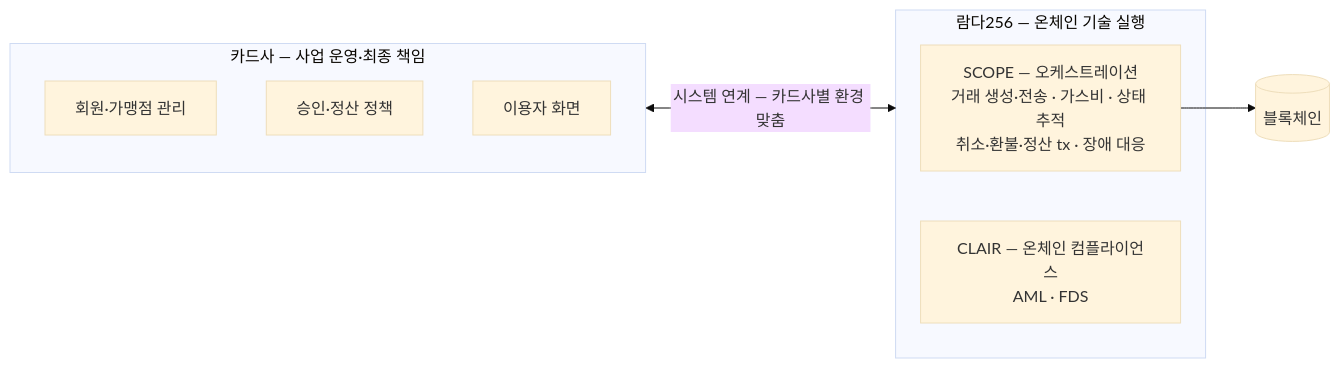
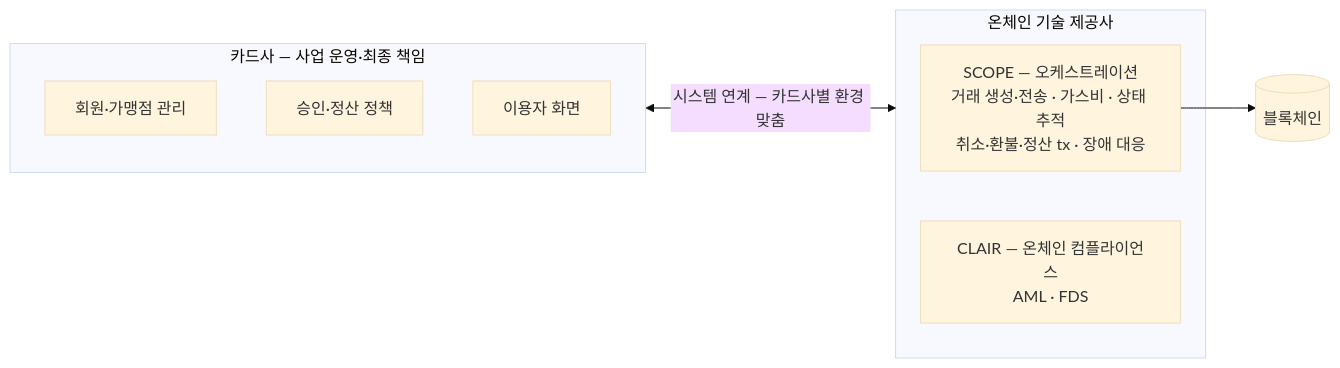
Before and after one commit to eunsujeo/eunpus: the first of 2 diagrams in blockchain-manager/docs/디지털 자산/스테이블코인 결제/00-korea-poc.md, drawn with Mermaid (base theme). The commit also changed other lines of this file and 13 other files, not shown here.

````diff
--- a/blockchain-manager/docs/디지털 자산/스테이블코인 결제/00-korea-poc.md
+++ b/blockchain-manager/docs/디지털 자산/스테이블코인 결제/00-korea-poc.md
@@ -29,14 +29,14 @@
 ```mermaid
 flowchart LR
     subgraph CARD[카드사 — 사업 운영·최종 책임]
         MEM[회원·가맹점 관리]
         APPR[승인·정산 정책]
         UI[이용자 화면]
     end
-    subgraph L256[람다256 — 온체인 기술 실행]
+    subgraph PROVIDER[온체인 기술 제공사]
         SCOPE[SCOPE — 오케스트레이션<br/>거래 생성·전송 · 가스비 · 상태 추적<br/>취소·환불·정산 tx · 장애 대응]
         CLAIR[CLAIR — 온체인 컴플라이언스<br/>AML · FDS]
     end
-    CARD <-->|시스템 연계 — 카드사별 환경 맞춤| L256
+    CARD <-->|시스템 연계 — 카드사별 환경 맞춤| PROVIDER
     SCOPE --> CHAIN[(블록체인)]
 ```
````
